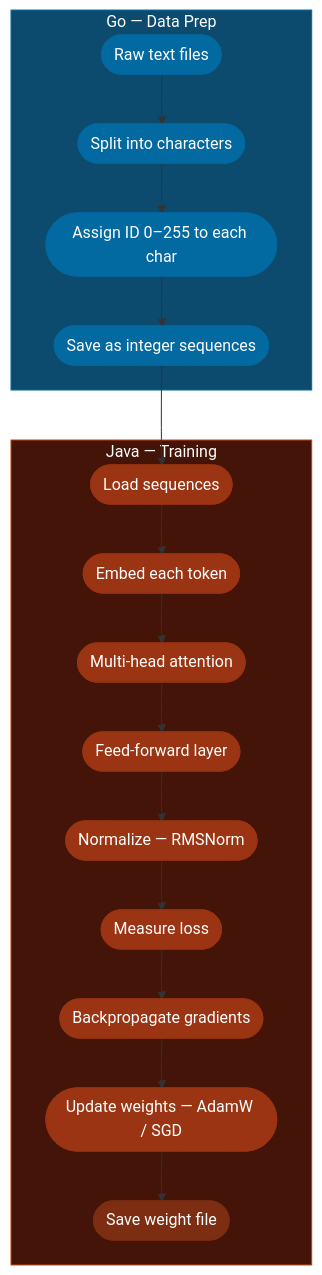
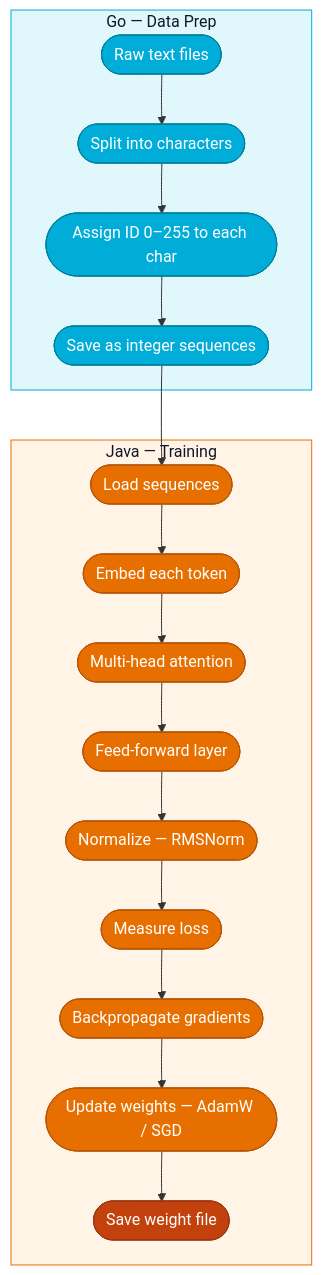
One commit to nkosikhumalo/LLM changed the second of 4 diagrams in README.md. Above: the diagram before and after it, drawn with Mermaid. The commit also changed other lines of this file, not shown here.

````diff
--- a/README.md
+++ b/README.md
@@ -92,37 +90,37 @@
 ```mermaid
 flowchart TB
     subgraph GO ["Go — Data Prep"]
         A([Raw text files]) --> B([Split into characters])
         B --> C([Assign ID 0–255 to each char])
         C --> D([Save as integer sequences])
     end
 
     subgraph JV ["Java — Training"]
         E([Load sequences]) --> F([Embed each token])
         F --> G([Multi-head attention])
         G --> H([Feed-forward layer])
         H --> I([Normalize — RMSNorm])
         I --> J([Measure loss])
         J --> K([Backpropagate gradients])
         K --> L([Update weights — AdamW / SGD])
         L --> M([Save weight file])
     end
 
     D --> E
 
-    style GO fill:#0c4a6e,color:#fff,stroke:#0369a1
-    style JV fill:#431407,color:#fff,stroke:#c2410c
-    style A fill:#0369a1,color:#fff,stroke:#0369a1
-    style B fill:#0369a1,color:#fff,stroke:#0369a1
-    style C fill:#0369a1,color:#fff,stroke:#0369a1
-    style D fill:#0369a1,color:#fff,stroke:#0369a1
-    style E fill:#9a3412,color:#fff,stroke:#9a3412
-    style F fill:#9a3412,color:#fff,stroke:#9a3412
-    style G fill:#9a3412,color:#fff,stroke:#9a3412
-    style H fill:#9a3412,color:#fff,stroke:#9a3412
-    style I fill:#9a3412,color:#fff,stroke:#9a3412
-    style J fill:#9a3412,color:#fff,stroke:#9a3412
-    style K fill:#9a3412,color:#fff,stroke:#9a3412
-    style L fill:#9a3412,color:#fff,stroke:#9a3412
-    style M fill:#7c2d12,color:#fff,stroke:#7c2d12
+    style GO fill:#e0f7fc,stroke:#00ADD8,color:#0f172a
+    style JV fill:#fff4e5,stroke:#E76F00,color:#0f172a
+    style A fill:#00ADD8,color:#ffffff,stroke:#007d99
+    style B fill:#00ADD8,color:#ffffff,stroke:#007d99
+    style C fill:#00ADD8,color:#ffffff,stroke:#007d99
+    style D fill:#00ADD8,color:#ffffff,stroke:#007d99
+    style E fill:#E76F00,color:#ffffff,stroke:#b45309
+    style F fill:#E76F00,color:#ffffff,stroke:#b45309
+    style G fill:#E76F00,color:#ffffff,stroke:#b45309
+    style H fill:#E76F00,color:#ffffff,stroke:#b45309
+    style I fill:#E76F00,color:#ffffff,stroke:#b45309
+    style J fill:#E76F00,color:#ffffff,stroke:#b45309
+    style K fill:#E76F00,color:#ffffff,stroke:#b45309
+    style L fill:#E76F00,color:#ffffff,stroke:#b45309
+    style M fill:#c2410c,color:#ffffff,stroke:#9a3412
 ```
````
